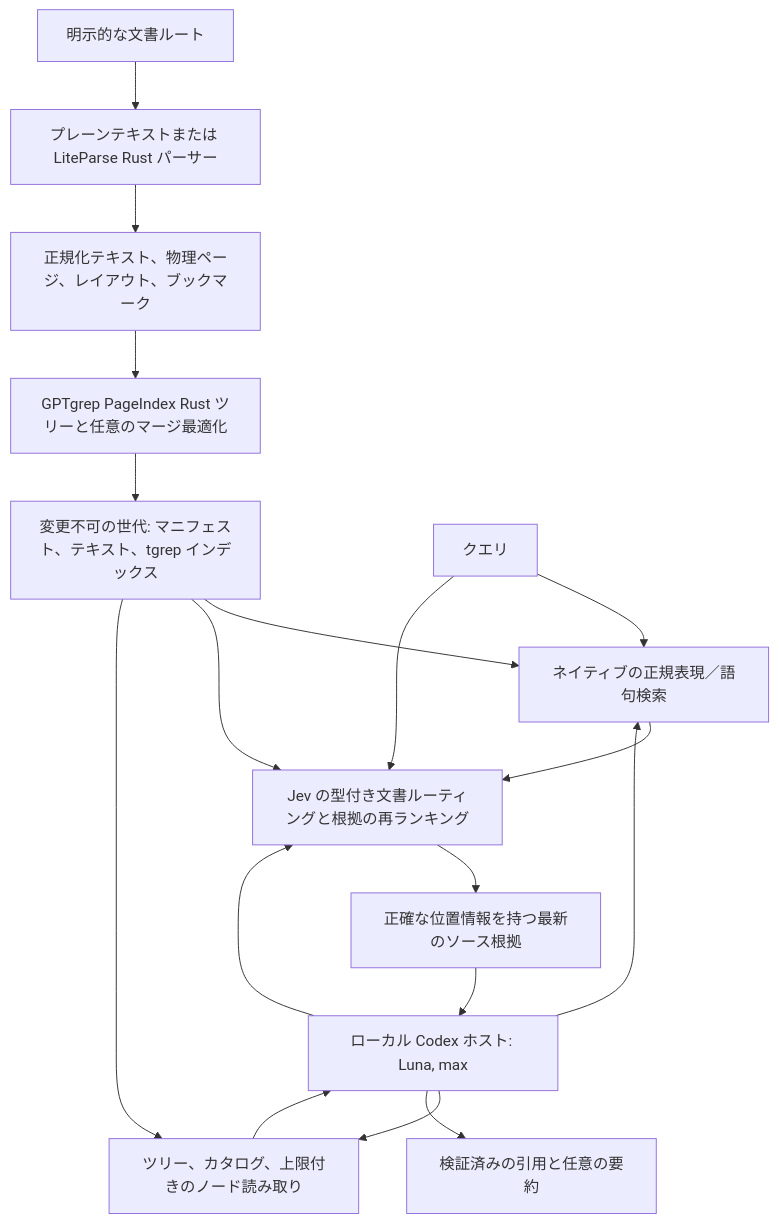
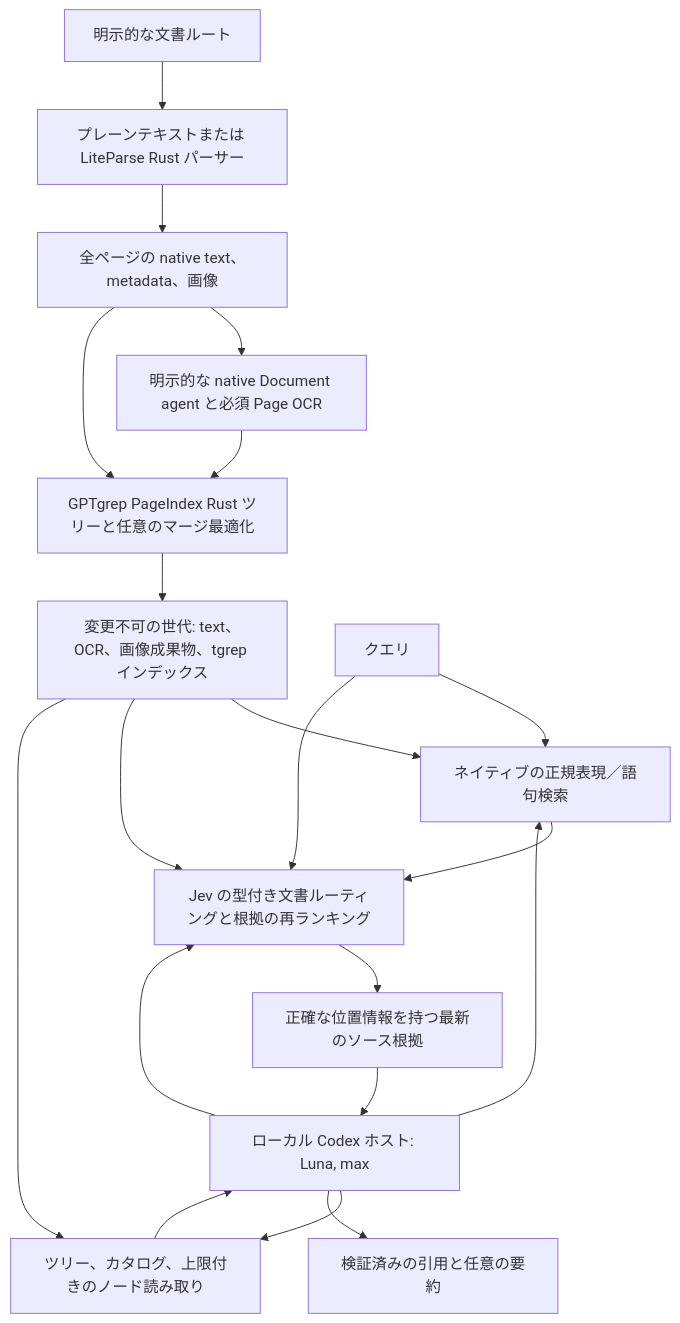
Before and after one commit to lwyBZss8924d/gptgrep: the diagram in docs/architecture.ja.md, drawn with Mermaid. The commit also changed other lines of this file and 39 other files, not shown here.

First line of the commit message:
fix: bind native OCR regions and prepare current Decisions integration

````diff
--- a/docs/architecture.ja.md
+++ b/docs/architecture.ja.md
@@ -11,20 +11,22 @@
 ```mermaid
 flowchart TD
   A[明示的な文書ルート] --> B[プレーンテキストまたは LiteParse Rust パーサー]
-  B --> C[正規化テキスト、物理ページ、レイアウト、ブックマーク]
+  B --> C[全ページの native text、metadata、画像]
+  C --> P[明示的な native Document agent と必須 Page OCR]
+  P --> D
   C --> D[GPTgrep PageIndex Rust ツリーと任意のマージ最適化]
-  D --> E[変更不可の世代: マニフェスト、テキスト、tgrep インデックス]
+  D --> E[変更不可の世代: text、OCR、画像成果物、tgrep インデックス]
   Q[クエリ] --> F[ネイティブの正規表現／語句検索]
   E --> F
   Q --> G[Jev の型付き文書ルーティングと根拠の再ランキング]
   E --> G
   F --> G
   G --> H[正確な位置情報を持つ最新のソース根拠]
   I[ローカル Codex ホスト: Luna, max] --> F
   I --> G
   I --> J[ツリー、カタログ、上限付きのノード読み取り]
   E --> J
   H --> I
   J --> I
   I --> K[検証済みの引用と任意の要約]
 ```
````
